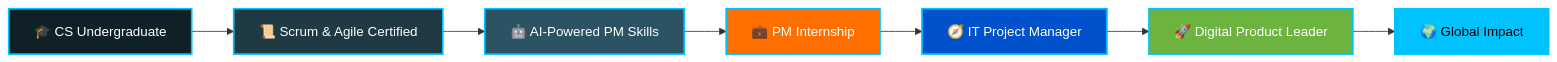
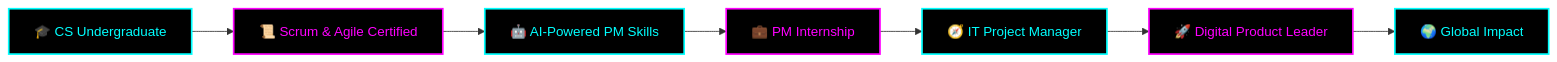
One commit to pathumjayasundara/pathumjayasundara changed the diagram in README.md. Above: the diagram before and after it, drawn with Mermaid. The commit also changed other lines of this file, not shown here.

````diff
--- a/README.md
+++ b/README.md
@@ -486,17 +531,17 @@
 ```mermaid
 graph LR
     A[🎓 CS Undergraduate] --> B[📜 Scrum & Agile Certified]
     B --> C[🤖 AI-Powered PM Skills]
     C --> D[💼 PM Internship]
     D --> E[🧭 IT Project Manager]
     E --> F[🚀 Digital Product Leader]
     F --> G[🌍 Global Impact]
 
-    style A fill:#0F2027,stroke:#00C2FF,color:#fff,stroke-width:2px
-    style B fill:#203A43,stroke:#00C2FF,color:#fff,stroke-width:2px
-    style C fill:#2C5364,stroke:#00C2FF,color:#fff,stroke-width:2px
-    style D fill:#FF6F00,stroke:#00C2FF,color:#fff,stroke-width:2px
-    style E fill:#0052CC,stroke:#00C2FF,color:#fff,stroke-width:2px
-    style F fill:#6DB33F,stroke:#00C2FF,color:#fff,stroke-width:2px
-    style G fill:#00C2FF,stroke:#00C2FF,color:#000,stroke-width:2px
+    style A fill:#000000,stroke:#00FFFF,color:#00FFFF,stroke-width:2px
+    style B fill:#000000,stroke:#FF00FF,color:#FF00FF,stroke-width:2px
+    style C fill:#000000,stroke:#00FFFF,color:#00FFFF,stroke-width:2px
+    style D fill:#000000,stroke:#FF00FF,color:#FF00FF,stroke-width:2px
+    style E fill:#000000,stroke:#00FFFF,color:#00FFFF,stroke-width:2px
+    style F fill:#000000,stroke:#FF00FF,color:#FF00FF,stroke-width:2px
+    style G fill:#000000,stroke:#00FFFF,color:#00FFFF,stroke-width:2px
 ```
````
